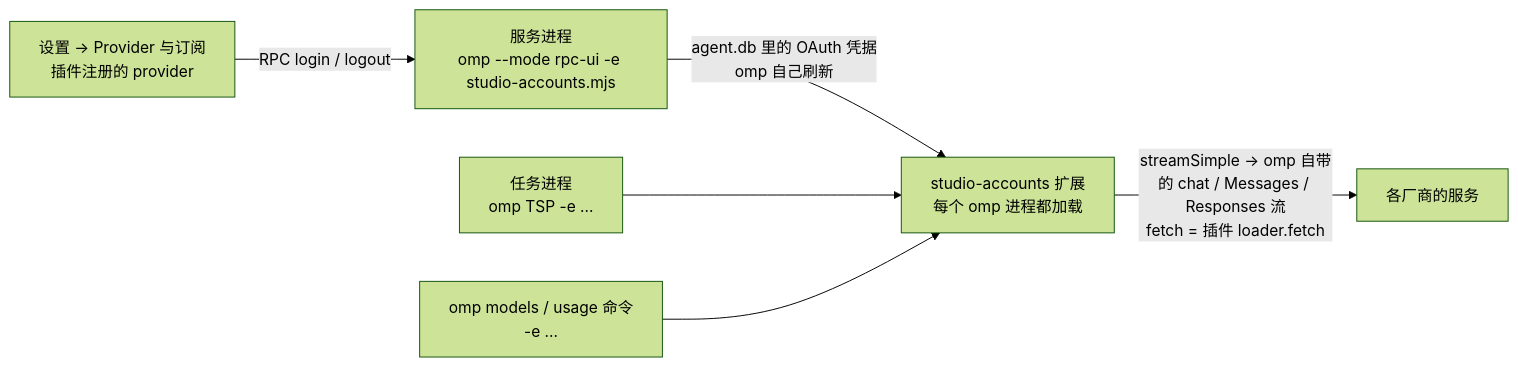
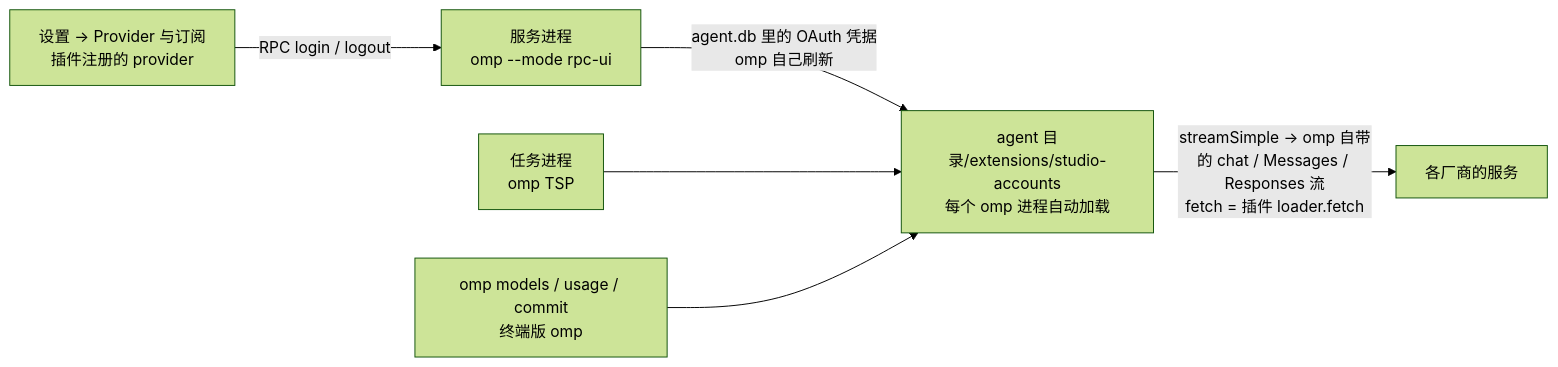
Before and after one commit to DawnJson/omp-studio: the diagram in docs/architecture/client-accounts.md, drawn with Mermaid (forest theme). The commit also changed other lines of this file and 18 other files, not shown here.

````diff
--- a/docs/architecture/client-accounts.md
+++ b/docs/architecture/client-accounts.md
@@ -30,8 +30,8 @@
 ```mermaid
 flowchart LR
-  UI[设置 → Provider 与订阅<br/>插件注册的 provider] -->|RPC login / logout| SVC[服务进程<br/>omp --mode rpc-ui -e studio-accounts.mjs]
-  SVC -->|agent.db 里的 OAuth 凭据<br/>omp 自己刷新| EXT[studio-accounts 扩展<br/>每个 omp 进程都加载]
-  TASK[任务进程<br/>omp TSP -e ...] --> EXT
-  CLI[omp models / usage 命令<br/>-e ...] --> EXT
+  UI[设置 → Provider 与订阅<br/>插件注册的 provider] -->|RPC login / logout| SVC[服务进程<br/>omp --mode rpc-ui]
+  SVC -->|agent.db 里的 OAuth 凭据<br/>omp 自己刷新| EXT[agent 目录/extensions/studio-accounts<br/>每个 omp 进程自动加载]
+  TASK[任务进程<br/>omp TSP] --> EXT
+  CLI[omp models / usage / commit<br/>终端版 omp] --> EXT
   EXT -->|streamSimple → omp 自带的 chat / Messages / Responses 流<br/>fetch = 插件 loader.fetch| V[各厂商的服务]
 ```
````
